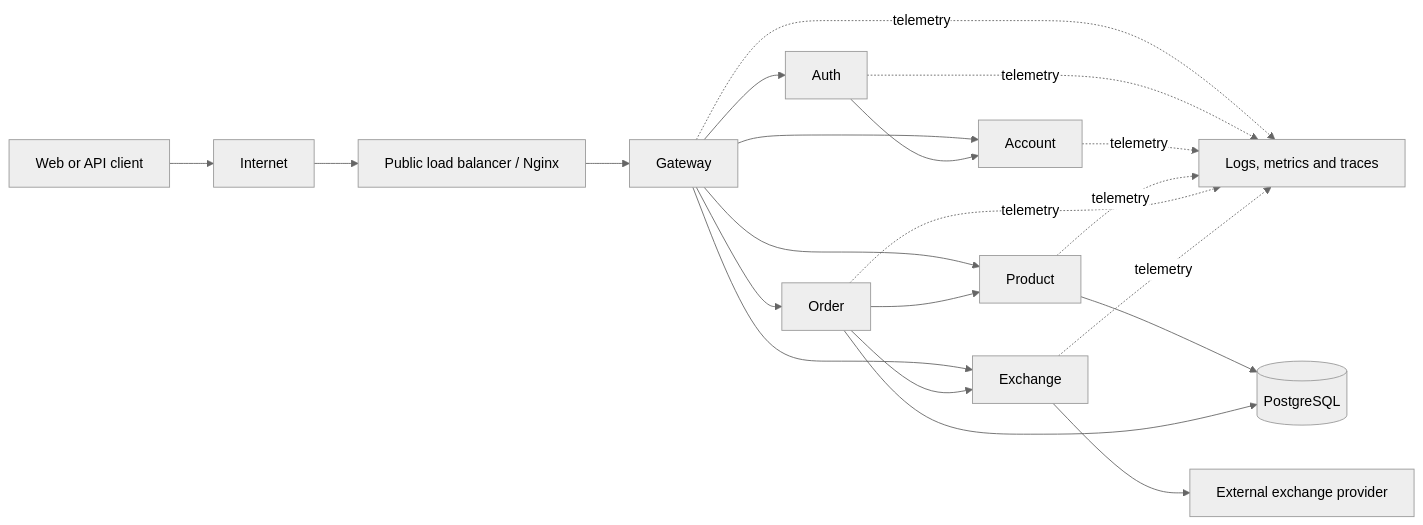
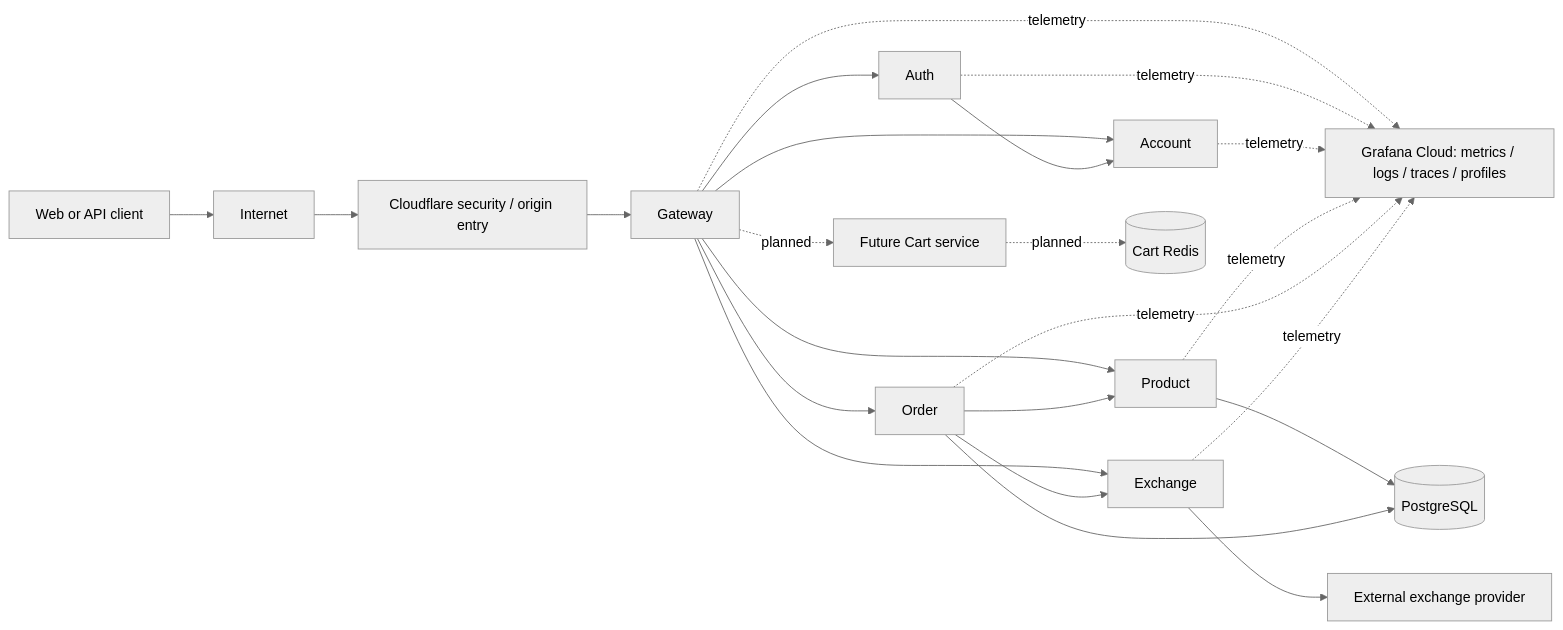
The first of 5 diagrams in docs/project/architecture.md (Microsserv52/platform), drawn with Mermaid (neutral theme) before and after one commit. The commit also changed other lines of this file and 10 other files, not shown here.

Commit message:
docs: define Grafana Cloud security edge carts and Kafka plan

````diff
--- a/docs/project/architecture.md
+++ b/docs/project/architecture.md
@@ -26,34 +30,36 @@
 ```mermaid
 flowchart LR
     user[Web or API client]
     internet[Internet]
-    edge[Public load balancer / Nginx]
+    edge[Cloudflare security / origin entry]
     gateway[Gateway]
     auth[Auth]
     account[Account]
     product[Product]
     order[Order]
     exchange[Exchange]
     database[(PostgreSQL)]
     provider[External exchange provider]
-    observability[Logs, metrics and traces]
+    observability[Grafana Cloud: metrics / logs / traces / profiles]
 
     user --> internet --> edge --> gateway
     gateway --> auth
     gateway --> account
     gateway --> product
     gateway --> order
+    gateway -. planned .-> cart[Future Cart service]
+    cart -. planned .-> redis[(Cart Redis)]
     gateway --> exchange
     auth --> account
     product --> database
     order --> database
     order --> product
     order --> exchange
     exchange --> provider
     gateway -. telemetry .-> observability
     auth -. telemetry .-> observability
     account -. telemetry .-> observability
     product -. telemetry .-> observability
     order -. telemetry .-> observability
     exchange -. telemetry .-> observability
 ```
````
